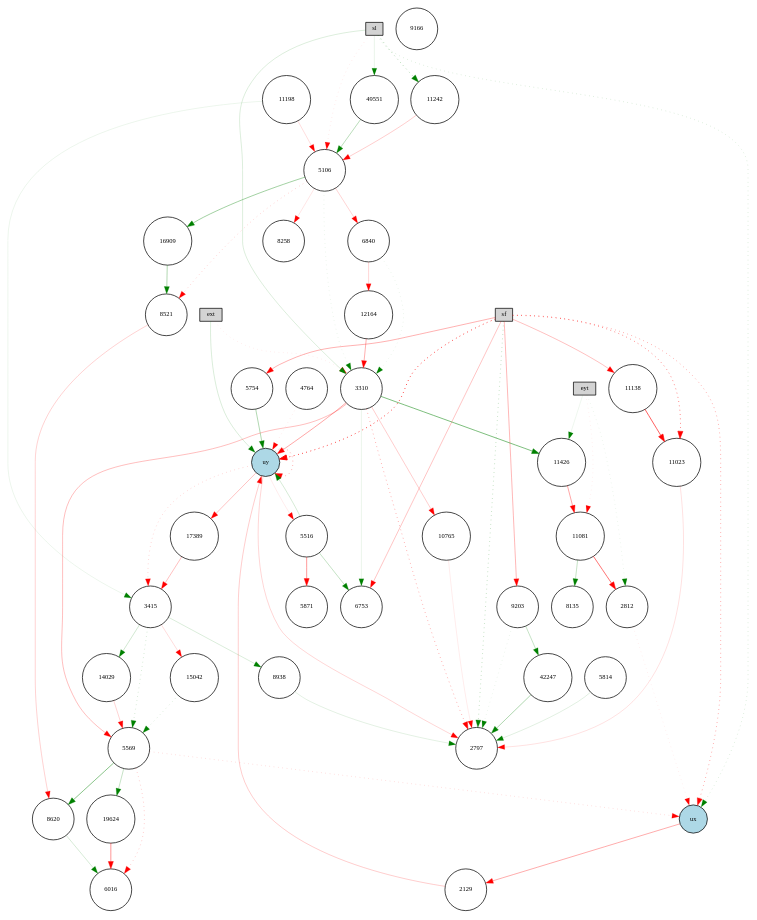
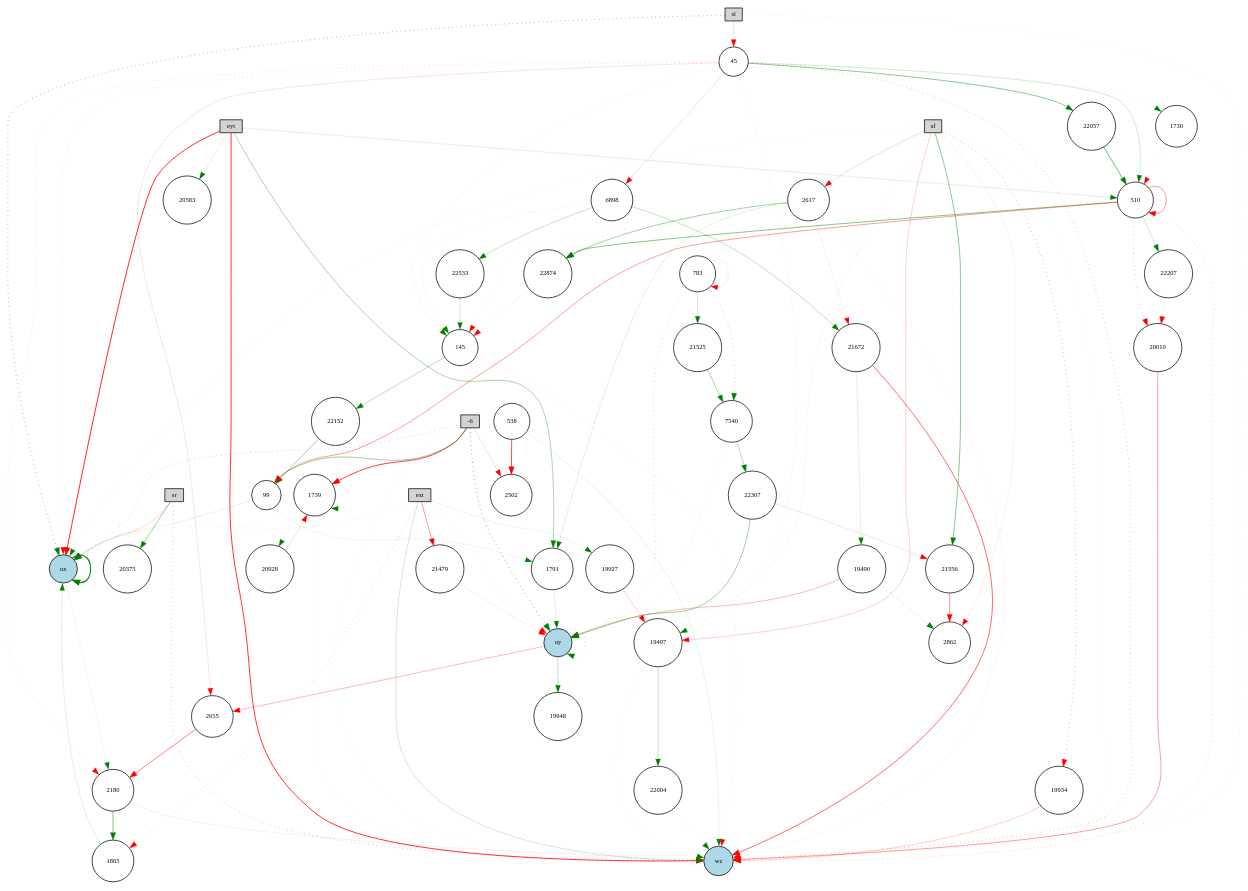
Before and after one commit to KaiL4eK/reinforcement_learning_sandbox: the diagram in pictures_ctrnn/winner-feedforward.gv, drawn with Graphviz. The commit also changed 20 other files, not shown here.

```diff
--- a/pictures_ctrnn/winner-feedforward.gv
+++ b/pictures_ctrnn/winner-feedforward.gv
@@ -4,118 +4,148 @@
 	eyt [fillcolor=lightgray shape=box style=filled]
 	sf [fillcolor=lightgray shape=box style=filled]
 	sl [fillcolor=lightgray shape=box style=filled]
+	sr [fillcolor=lightgray shape=box style=filled]
+	-6 [fillcolor=lightgray shape=box style=filled]
 	ux [fillcolor=lightblue style=filled]
 	uy [fillcolor=lightblue style=filled]
-	6016 [fillcolor=white style=filled]
-	11138 [fillcolor=white style=filled]
-	12164 [fillcolor=white style=filled]
-	42247 [fillcolor=white style=filled]
-	5516 [fillcolor=white style=filled]
-	10765 [fillcolor=white style=filled]
-	16909 [fillcolor=white style=filled]
-	49551 [fillcolor=white style=filled]
-	11023 [fillcolor=white style=filled]
-	4764 [fillcolor=white style=filled]
-	11426 [fillcolor=white style=filled]
-	19624 [fillcolor=white style=filled]
-	8620 [fillcolor=white style=filled]
-	5814 [fillcolor=white style=filled]
-	6840 [fillcolor=white style=filled]
-	11198 [fillcolor=white style=filled]
-	5569 [fillcolor=white style=filled]
-	8258 [fillcolor=white style=filled]
-	15042 [fillcolor=white style=filled]
-	8135 [fillcolor=white style=filled]
-	8521 [fillcolor=white style=filled]
-	11081 [fillcolor=white style=filled]
-	14029 [fillcolor=white style=filled]
-	9166 [fillcolor=white style=filled]
-	2129 [fillcolor=white style=filled]
-	3415 [fillcolor=white style=filled]
-	6753 [fillcolor=white style=filled]
-	11242 [fillcolor=white style=filled]
-	8938 [fillcolor=white style=filled]
-	2797 [fillcolor=white style=filled]
-	17389 [fillcolor=white style=filled]
-	3310 [fillcolor=white style=filled]
-	5871 [fillcolor=white style=filled]
-	5106 [fillcolor=white style=filled]
-	9203 [fillcolor=white style=filled]
-	5754 [fillcolor=white style=filled]
-	2812 [fillcolor=white style=filled]
-	5106 -> 3310 [color=green penwidth=0.15010357996137264 style=dotted]
-	17389 -> 3415 [color=red penwidth=0.34614506023831815 style=solid]
-	5516 -> uy [color=green penwidth=0.23093926866036013 style=solid]
-	5106 -> 8521 [color=red penwidth=0.3438101480778808 style=dotted]
-	11426 -> 11081 [color=red penwidth=0.48623875574002484 style=solid]
-	uy -> 3415 [color=red penwidth=0.2993119292822818 style=dotted]
-	sl -> 11242 [color=green penwidth=0.558482180313556 style=dotted]
-	42247 -> 2797 [color=green penwidth=0.43632363521617756 style=solid]
-	11198 -> 3415 [color=green penwidth=0.10505853788633919 style=solid]
-	2129 -> uy [color=red penwidth=0.27530949339030697 style=solid]
-	15042 -> 5569 [color=green penwidth=0.2849245737679438 style=dotted]
-	12164 -> 3310 [color=red penwidth=0.44306949188534817 style=solid]
-	5569 -> 19624 [color=green penwidth=0.3216588320785131 style=solid]
-	4764 -> uy [color=red penwidth=0.15383765983856298 style=dotted]
-	sl -> 3310 [color=green penwidth=0.20212825845497895 style=solid]
-	5569 -> ux [color=red penwidth=0.24448848788855923 style=dotted]
-	6840 -> 12164 [color=red penwidth=0.2324470419311897 style=solid]
-	5569 -> 6016 [color=red penwidth=0.3635200526443245 style=dotted]
-	sl -> ux [color=green penwidth=0.2543622104984443 style=dotted]
-	5106 -> 16909 [color=green penwidth=0.5056017387455906 style=solid]
-	11023 -> 2797 [color=red penwidth=0.17410840105472947 style=solid]
-	5569 -> 8620 [color=green penwidth=0.6480099597842315 style=solid]
-	sf -> 6753 [color=red penwidth=0.33174381594822167 style=solid]
-	8620 -> 6016 [color=green penwidth=0.2277472433448042 style=solid]
-	3415 -> 5569 [color=green penwidth=0.2967859750398059 style=dotted]
-	3415 -> 15042 [color=red penwidth=0.20040656157232822 style=solid]
-	11242 -> 5106 [color=red penwidth=0.27969643214271944 style=solid]
-	6840 -> 3310 [color=green penwidth=0.1489989975747571 style=dotted]
-	sf -> 11138 [color=red penwidth=0.3484770770426562 style=solid]
-	9203 -> 42247 [color=green penwidth=0.32271293332348105 style=solid]
-	5754 -> uy [color=green penwidth=0.4331995287619351 style=solid]
-	16909 -> 8521 [color=green penwidth=0.4320250360212363 style=solid]
-	sf -> 11023 [color=red penwidth=0.8462578561781499 style=dotted]
-	11198 -> 5106 [color=red penwidth=0.1935045247551207 style=solid]
-	eyt -> 11081 [color=red penwidth=0.11726626230435473 style=dotted]
-	3310 -> uy [color=red penwidth=0.48721304460318327 style=solid]
-	11081 -> 8135 [color=green penwidth=0.32053420750796674 style=solid]
-	sl -> 5106 [color=red penwidth=0.16272765692187247 style=dotted]
-	5516 -> 5871 [color=red penwidth=0.5567888895429403 style=solid]
-	5814 -> 2797 [color=green penwidth=0.16840571511846525 style=solid]
-	sf -> 9203 [color=red penwidth=0.3992075689379728 style=solid]
-	5106 -> 6840 [color=red penwidth=0.2352705840954907 style=solid]
-	8938 -> 2797 [color=green penwidth=0.15858376445868005 style=solid]
-	ext -> uy [color=green penwidth=0.20939136286315033 style=solid]
-	3310 -> 2797 [color=red penwidth=0.5625898513377185 style=dotted]
-	sf -> uy [color=red penwidth=1.3285287329204258 style=dotted]
-	sl -> 49551 [color=green penwidth=0.13037070275777532 style=solid]
-	19624 -> 6016 [color=red penwidth=0.5924315868982178 style=solid]
-	11081 -> 2812 [color=red penwidth=0.7726432046094518 style=solid]
-	49551 -> 5106 [color=green penwidth=0.384392552027467 style=solid]
-	9203 -> 2797 [color=green penwidth=0.1490453350608725 style=dotted]
-	3310 -> 11426 [color=green penwidth=0.7054768664355389 style=solid]
-	8521 -> 8620 [color=red penwidth=0.25075504237281976 style=solid]
-	14029 -> 5569 [color=red penwidth=0.23716027575766674 style=solid]
-	5516 -> 6753 [color=green penwidth=0.33271110222922295 style=solid]
-	10765 -> 2797 [color=red penwidth=0.11286645444033526 style=solid]
-	uy -> 5516 [color=red penwidth=0.10945847791532251 style=solid]
-	5106 -> 8258 [color=red penwidth=0.153078183132502 style=solid]
-	uy -> 2797 [color=red penwidth=0.23352329542313877 style=solid]
-	eyt -> 11426 [color=green penwidth=0.10095857965780627 style=solid]
-	3310 -> 5569 [color=red penwidth=0.3611084965572935 style=solid]
-	3310 -> 10765 [color=red penwidth=0.2757043327093554 style=solid]
-	uy -> uy [color=red penwidth=0.5499347513714341 style=dotted]
-	ux -> 2129 [color=red penwidth=0.46473676162812216 style=solid]
-	eyt -> 2812 [color=green penwidth=0.13773063215245096 style=dotted]
-	3310 -> 6753 [color=green penwidth=0.11543152150032633 style=solid]
-	ext -> 3310 [color=red penwidth=0.14015754302629332 style=dotted]
-	3415 -> 8938 [color=green penwidth=0.20788856174999237 style=solid]
-	uy -> 17389 [color=red penwidth=0.33942981530415084 style=solid]
-	11138 -> 11023 [color=red penwidth=0.8675770203003772 style=solid]
-	3415 -> 14029 [color=green penwidth=0.2564409344223739 style=solid]
-	sf -> 5754 [color=red penwidth=0.42687501737111 style=solid]
-	sf -> ux [color=red penwidth=0.5883035091297377 style=dotted]
-	2812 -> ux [color=red penwidth=0.13204191310482966 style=dotted]
-	sf -> 2797 [color=green penwidth=0.4073858317224984 style=dotted]
+	wz [fillcolor=lightblue style=filled]
+	2180 [fillcolor=white style=filled]
+	22533 [fillcolor=white style=filled]
+	22152 [fillcolor=white style=filled]
+	783 [fillcolor=white style=filled]
+	145 [fillcolor=white style=filled]
+	21525 [fillcolor=white style=filled]
+	20375 [fillcolor=white style=filled]
+	538 [fillcolor=white style=filled]
+	19490 [fillcolor=white style=filled]
+	22307 [fillcolor=white style=filled]
+	21672 [fillcolor=white style=filled]
+	19497 [fillcolor=white style=filled]
+	20010 [fillcolor=white style=filled]
+	22057 [fillcolor=white style=filled]
+	45 [fillcolor=white style=filled]
+	2862 [fillcolor=white style=filled]
+	21556 [fillcolor=white style=filled]
+	2617 [fillcolor=white style=filled]
+	22207 [fillcolor=white style=filled]
+	20928 [fillcolor=white style=filled]
+	1730 [fillcolor=white style=filled]
+	2502 [fillcolor=white style=filled]
+	1865 [fillcolor=white style=filled]
+	1739 [fillcolor=white style=filled]
+	19927 [fillcolor=white style=filled]
+	22874 [fillcolor=white style=filled]
+	19934 [fillcolor=white style=filled]
+	2655 [fillcolor=white style=filled]
+	99 [fillcolor=white style=filled]
+	20583 [fillcolor=white style=filled]
+	21479 [fillcolor=white style=filled]
+	19948 [fillcolor=white style=filled]
+	6898 [fillcolor=white style=filled]
+	22004 [fillcolor=white style=filled]
+	7540 [fillcolor=white style=filled]
+	510 [fillcolor=white style=filled]
+	1791 [fillcolor=white style=filled]
+	21525 -> 7540 [color=green penwidth=0.5012637404875455 style=solid]
+	1739 -> 1739 [color=green penwidth=0.2774376823444612 style=dotted]
+	19497 -> 22004 [color=green penwidth=0.3367084468200715 style=solid]
+	19497 -> wz [color=green penwidth=0.17808717493587564 style=dotted]
+	sf -> 19497 [color=red penwidth=0.2697625939766527 style=solid]
+	1730 -> 510 [color=red penwidth=0.14036796578671212 style=dotted]
+	783 -> uy [color=green penwidth=0.3822491165019515 style=dotted]
+	sl -> wz [color=red penwidth=0.22825349123500824 style=dotted]
+	510 -> 22207 [color=green penwidth=0.2836053205509269 style=solid]
+	6898 -> 145 [color=green penwidth=0.28927429973782204 style=dotted]
+	eyt -> wz [color=red penwidth=1.116586694239463 style=solid]
+	sf -> 2617 [color=red penwidth=0.22073739169903644 style=solid]
+	19490 -> 2862 [color=green penwidth=0.5615600359522286 style=dotted]
+	eyt -> ux [color=red penwidth=1.1650727801453922 style=solid]
+	sr -> 20375 [color=green penwidth=0.506918579923321 style=solid]
+	510 -> 22874 [color=green penwidth=0.6522672794633283 style=solid]
+	45 -> 1730 [color=green penwidth=0.25923386924424424 style=dotted]
+	510 -> wz [color=red penwidth=0.3617145454570171 style=dotted]
+	ext -> ux [color=green penwidth=0.28176001436708853 style=dotted]
+	20010 -> wz [color=red penwidth=0.5442826242263301 style=solid]
+	20928 -> 1739 [color=red penwidth=0.18570044384509615 style=solid]
+	22057 -> 510 [color=green penwidth=0.789728392300762 style=solid]
+	ext -> 21479 [color=red penwidth=0.553832753866583 style=solid]
+	uy -> uy [color=green penwidth=0.49460477943140435 style=dotted]
+	21672 -> 19490 [color=green penwidth=0.16089394435019422 style=solid]
+	7540 -> 22307 [color=green penwidth=0.4035680407688512 style=solid]
+	510 -> 99 [color=red penwidth=0.5397534406143458 style=solid]
+	22533 -> 145 [color=green penwidth=0.2575253599350307 style=solid]
+	1739 -> wz [color=green penwidth=0.13393997065956015 style=dotted]
+	eyt -> 510 [color=green penwidth=0.1561237309268993 style=solid]
+	1739 -> 20928 [color=green penwidth=0.23938545070221112 style=dotted]
+	sf -> uy [color=green penwidth=0.3402423182983194 style=dotted]
+	510 -> 20010 [color=red penwidth=0.470102339244305 style=dotted]
+	eyt -> 1791 [color=green penwidth=0.46390406377408 style=solid]
+	45 -> 510 [color=green penwidth=0.23892523478489355 style=solid]
+	1865 -> ux [color=green penwidth=0.15882549018744618 style=solid]
+	45 -> wz [color=red penwidth=0.5169985018822157 style=dotted]
+	sf -> 19934 [color=red penwidth=0.6026241271339844 style=dotted]
+	783 -> 21525 [color=green penwidth=0.24512734916706425 style=solid]
+	22307 -> 21556 [color=red penwidth=0.1563722367199603 style=solid]
+	510 -> 510 [color=red penwidth=0.5396025328441344 style=solid]
+	-6 -> 1739 [color=red penwidth=1.047405427507586 style=solid]
+	-6 -> wz [color=green penwidth=0.12533261623829356 style=dotted]
+	99 -> ux [color=green penwidth=0.1387924777373966 style=solid]
+	45 -> 22057 [color=green penwidth=0.6056862528071416 style=solid]
+	1791 -> uy [color=green penwidth=0.171188521111827 style=solid]
+	145 -> 22152 [color=green penwidth=0.38083329126105414 style=solid]
+	2617 -> 145 [color=red penwidth=0.19811674103054816 style=dotted]
+	uy -> 19948 [color=green penwidth=0.34011183514884125 style=solid]
+	2617 -> 1791 [color=green penwidth=0.1586878656590228 style=solid]
+	2655 -> 2180 [color=red penwidth=0.6861019189854448 style=solid]
+	6898 -> 22533 [color=green penwidth=0.31463324100189066 style=solid]
+	22307 -> uy [color=green penwidth=0.5048734343952793 style=solid]
+	538 -> wz [color=green penwidth=0.14399589905003898 style=solid]
+	2617 -> 22874 [color=green penwidth=0.5178421059361534 style=solid]
+	2617 -> wz [color=red penwidth=0.3043460251747875 style=dotted]
+	6898 -> 21672 [color=green penwidth=0.3440745191710304 style=solid]
+	45 -> ux [color=red penwidth=0.2167170027989207 style=dotted]
+	uy -> 2655 [color=red penwidth=0.37787449190958355 style=solid]
+	ext -> uy [color=red penwidth=0.30830430868163117 style=dotted]
+	-6 -> uy [color=green penwidth=0.9147954852966629 style=dotted]
+	21479 -> uy [color=red penwidth=0.11835764971057645 style=solid]
+	783 -> 7540 [color=green penwidth=0.4682145218698547 style=dotted]
+	-6 -> ux [color=green penwidth=0.4609333645013943 style=dotted]
+	45 -> 2180 [color=red penwidth=0.26887653577991644 style=dotted]
+	19934 -> wz [color=red penwidth=0.27203132753534487 style=solid]
+	7540 -> uy [color=green penwidth=0.31955563915083857 style=dotted]
+	19490 -> uy [color=red penwidth=0.38131006266569567 style=solid]
+	145 -> wz [color=red penwidth=0.2081406938432381 style=dotted]
+	45 -> 145 [color=green penwidth=0.2860946951760781 style=dotted]
+	45 -> 6898 [color=red penwidth=0.1933903132123948 style=solid]
+	22207 -> 20010 [color=red penwidth=0.4829336897758869 style=dotted]
+	ux -> 2180 [color=green penwidth=0.10128354970169468 style=solid]
+	sl -> 45 [color=red penwidth=0.1818443082803971 style=solid]
+	-6 -> 2502 [color=red penwidth=0.18538049741286805 style=solid]
+	eyt -> 20583 [color=green penwidth=0.1530594944169626 style=solid]
+	783 -> 783 [color=red penwidth=0.14460969504788135 style=solid]
+	sr -> ux [color=red penwidth=0.2361089650624779 style=solid]
+	22152 -> 99 [color=green penwidth=0.5136849531579115 style=solid]
+	ux -> ux [color=green penwidth=1.4274144529445252 style=solid]
+	22004 -> wz [color=green penwidth=0.40417216028357594 style=dotted]
+	ext -> 1865 [color=red penwidth=0.39718169091509425 style=dotted]
+	ext -> wz [color=green penwidth=0.2548494398598897 style=solid]
+	ext -> 19927 [color=green penwidth=0.11260889010463139 style=solid]
+	45 -> 2655 [color=red penwidth=0.16950082929650057 style=solid]
+	19927 -> 19497 [color=red penwidth=0.2796694653993433 style=solid]
+	sl -> ux [color=green penwidth=0.7498134550707313 style=dotted]
+	2180 -> wz [color=red penwidth=0.11107557391911192 style=solid]
+	2617 -> 21672 [color=red penwidth=0.1124622378242515 style=solid]
+	538 -> 2502 [color=red penwidth=1.0112227675445034 style=solid]
+	21556 -> 2862 [color=red penwidth=0.5989418124478092 style=solid]
+	2180 -> 1865 [color=green penwidth=0.6524839872228758 style=solid]
+	21672 -> wz [color=red penwidth=0.8120129784224069 style=solid]
+	sf -> 21556 [color=green penwidth=0.6092729467561104 style=solid]
+	sf -> wz [color=green penwidth=0.13417661785947332 style=dotted]
+	-6 -> 99 [color=green penwidth=0.5261617823202004 style=solid]
+	sf -> ux [color=green penwidth=0.22071329786785931 style=dotted]
+	99 -> 1791 [color=green penwidth=0.10142260086676654 style=solid]
+	22874 -> 145 [color=red penwidth=0.4519229506853686 style=dotted]
+	45 -> 19497 [color=green penwidth=0.24646865479857674 style=dotted]
+	sf -> 2862 [color=red penwidth=0.11098545098751966 style=solid]
+	sr -> wz [color=red penwidth=0.5418048053451471 style=dotted]
 }
```
